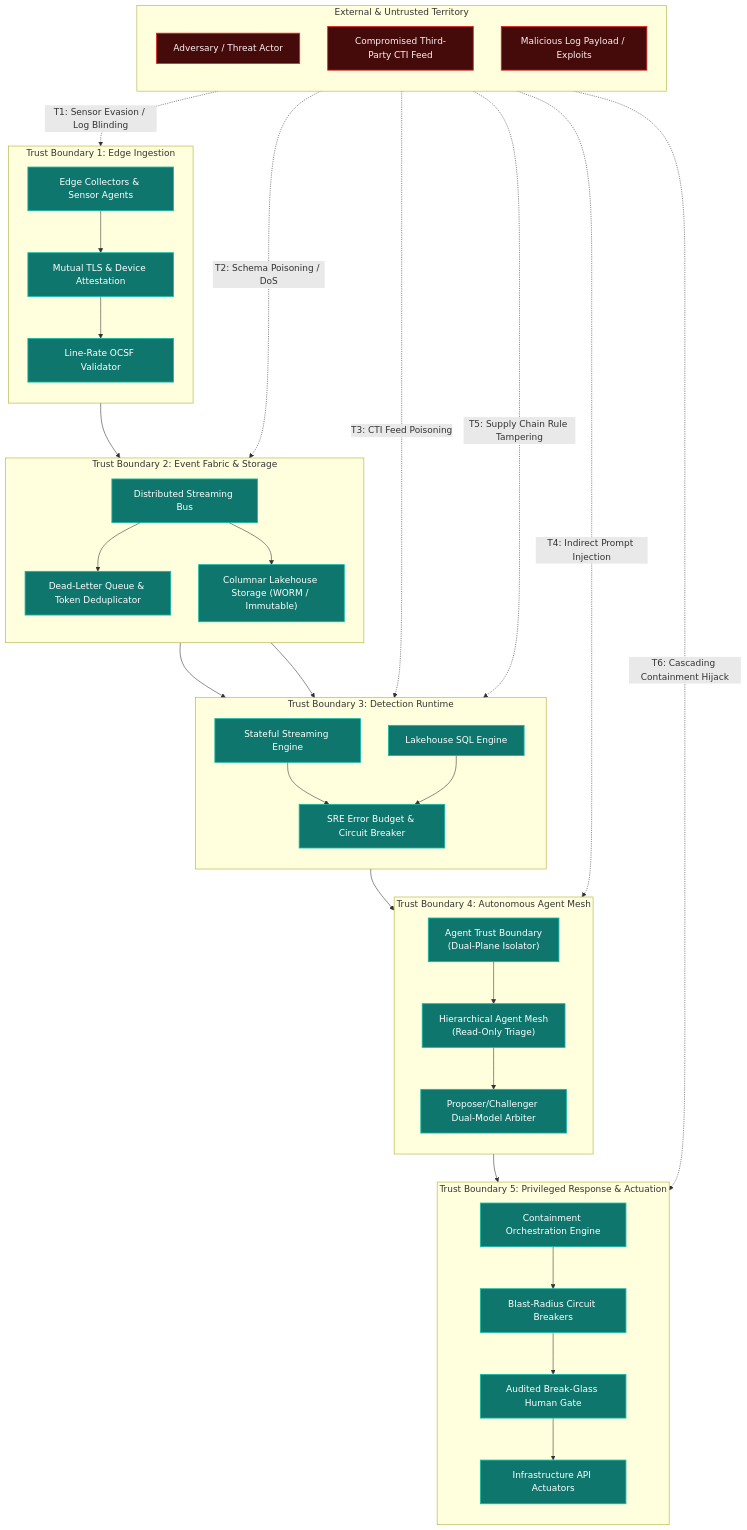
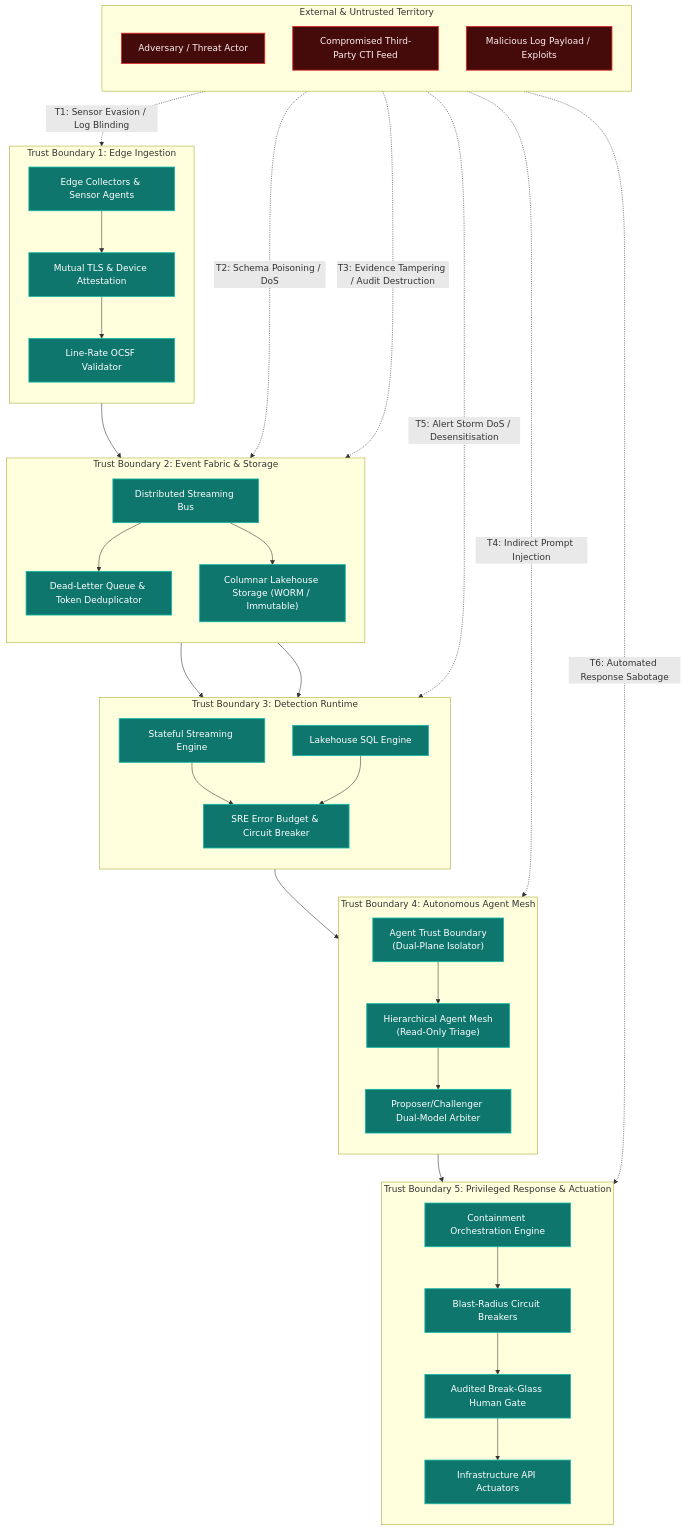
Before and after one commit to Haribu/TIDIR: the diagram in docs/architecture/09-threat-model.md, drawn with Mermaid. The commit also changed other lines of this file and 11 other files, not shown here.

````diff
--- a/docs/architecture/09-threat-model.md
+++ b/docs/architecture/09-threat-model.md
@@ -18,72 +18,72 @@
 ```mermaid
 flowchart TB
     subgraph ZONE_EXTERNAL["External & Untrusted Territory"]
         direction TB
         ADV["Adversary / Threat Actor"]
         EXT_TI["Compromised Third-Party CTI Feed"]
         MAL_PAYLOAD["Malicious Log Payload / Exploits"]
     end
 
     subgraph BOUNDARY_INGEST["Trust Boundary 1: Edge Ingestion"]
         direction TB
         COLL["Edge Collectors & Sensor Agents"]
         MTLS["Mutual TLS & Device Attestation"]
         SAN["Line-Rate OCSF Validator"]
     end
 
     subgraph BOUNDARY_STREAM["Trust Boundary 2: Event Fabric & Storage"]
         direction TB
         BUS["Distributed Streaming Bus"]
         DLQ["Dead-Letter Queue & Token Deduplicator"]
         LAKE["Columnar Lakehouse Storage (WORM / Immutable)"]
     end
 
     subgraph BOUNDARY_DETECTION["Trust Boundary 3: Detection Runtime"]
         direction TB
         STREAM_ENG["Stateful Streaming Engine"]
         BATCH_ENG["Lakehouse SQL Engine"]
         NOISE_BUDGET["SRE Error Budget & Circuit Breaker"]
     end
 
     subgraph BOUNDARY_AI["Trust Boundary 4: Autonomous Agent Mesh"]
         direction TB
         FW["Agent Trust Boundary<br>(Dual-Plane Isolator)"]
         MESH["Hierarchical Agent Mesh<br>(Read-Only Triage)"]
         ARB["Proposer/Challenger Dual-Model Arbiter"]
     end
 
     subgraph BOUNDARY_RESPONSE["Trust Boundary 5: Privileged Response & Actuation"]
         direction TB
         RESP["Containment Orchestration Engine"]
         BREAKER["Blast-Radius Circuit Breakers"]
         BREAK_GLASS["Audited Break-Glass Human Gate"]
         ACTUATORS["Infrastructure API Actuators"]
     end
 
     %% Threat Vectors
     ADV -.->|"T1: Sensor Evasion / Log Blinding"| COLL
     MAL_PAYLOAD -.->|"T2: Schema Poisoning / DoS"| BUS
-    EXT_TI -.->|"T3: CTI Feed Poisoning"| STREAM_ENG
+    ADV -.->|"T3: Evidence Tampering / Audit Destruction"| LAKE
     MAL_PAYLOAD -.->|"T4: Indirect Prompt Injection"| FW
-    ADV -.->|"T5: Supply Chain Rule Tampering"| STREAM_ENG
-    ADV -.->|"T6: Cascading Containment Hijack"| RESP
+    ADV -.->|"T5: Alert Storm DoS / Desensitisation"| STREAM_ENG
+    ADV -.->|"T6: Automated Response Sabotage"| RESP
 
     %% Legitimate Data Flows & Controls
     COLL --> MTLS --> SAN --> BUS
     BUS --> DLQ
     BUS --> LAKE
     BUS --> STREAM_ENG
     LAKE --> BATCH_ENG
     STREAM_ENG --> NOISE_BUDGET
     BATCH_ENG --> NOISE_BUDGET
     NOISE_BUDGET --> FW
     FW --> MESH --> ARB
     ARB --> RESP
     RESP --> BREAKER --> BREAK_GLASS --> ACTUATORS
 
     classDef external fill:#450a0a,stroke:#dc2626,stroke-width:1.5px,color:#fef2f2;
     classDef boundary fill:#0f172a,stroke:#3b82f6,stroke-width:1.5px,color:#f8fafc;
     classDef control fill:#0f766e,stroke:#14b8a6,stroke-width:1.5px,color:#ffffff;
     class ADV,EXT_TI,MAL_PAYLOAD external;
     class COLL,MTLS,SAN,BUS,DLQ,LAKE,STREAM_ENG,BATCH_ENG,NOISE_BUDGET,FW,MESH,ARB,RESP,BREAKER,BREAK_GLASS,ACTUATORS control;
 ```
````
